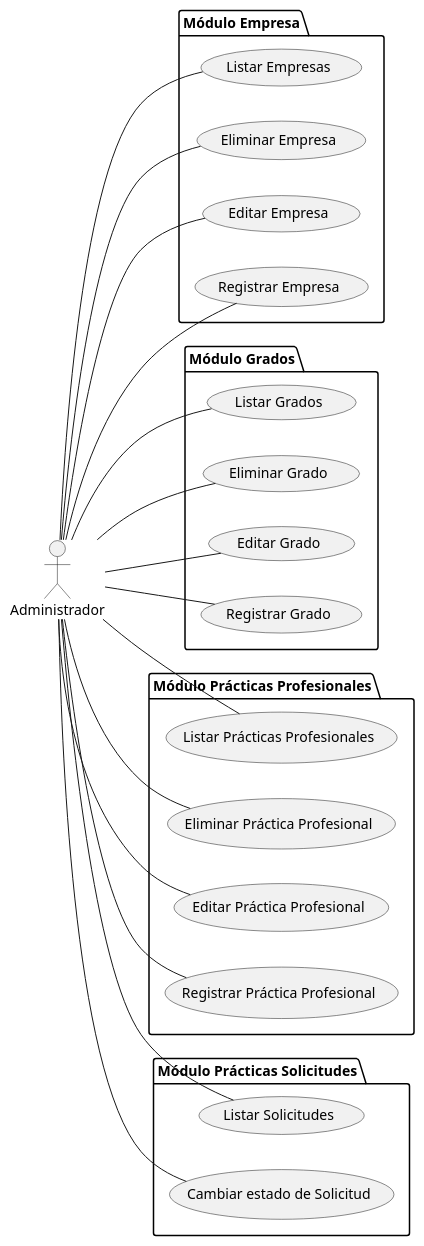
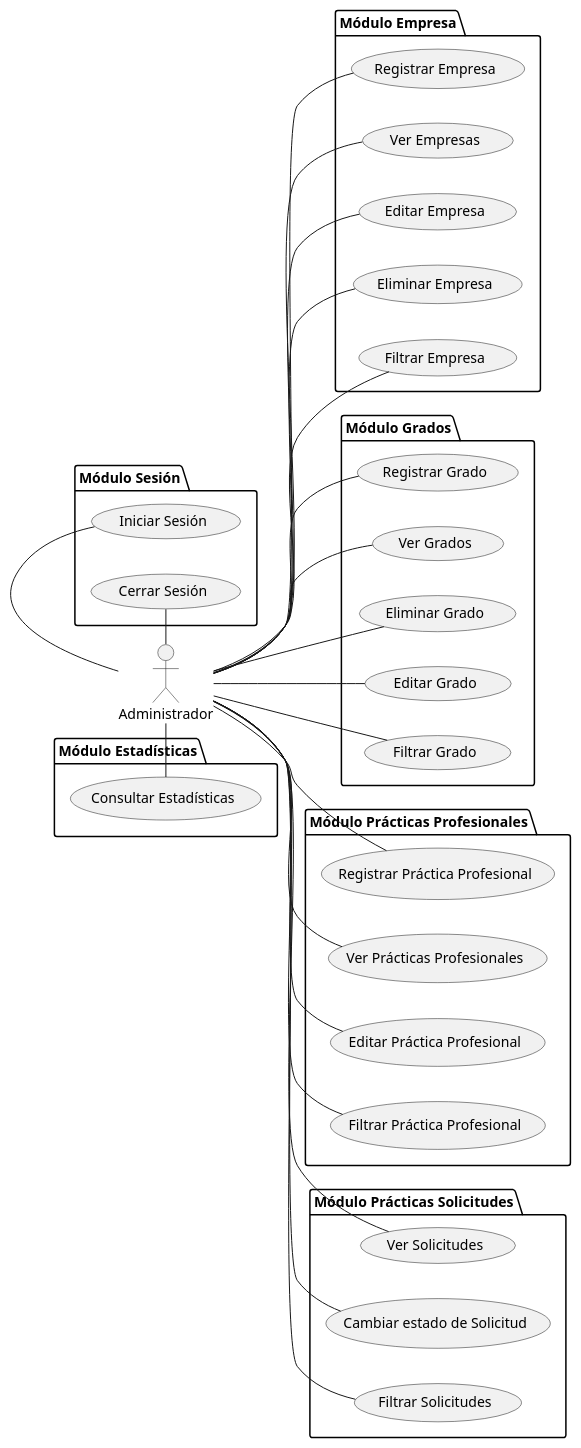
The diagram in digrams/uml/cduCemu.puml (MRSergio21/CemuUNEAT-Documentacion), drawn with PlantUML before and after one commit. The commit also changed 28 other files, not shown here.

Commit message:
feat/agregar diagramas de caso de usos detallados

```diff
--- a/digrams/uml/cduCemu.puml
+++ b/digrams/uml/cduCemu.puml
@@ -1,52 +1,72 @@
 @startuml
 
 left to right direction
 
 actor Administrador as Admin
 
 
 package "Módulo Empresa" {
-    usecase "Listar Empresas" as E1
-    usecase "Eliminar Empresa" as E2
+    usecase "Registrar Empresa" as E1
+    usecase "Ver Empresas" as E2
     usecase "Editar Empresa" as E3
-    usecase "Registrar Empresa" as E4
+    usecase "Eliminar Empresa" as E4
+    usecase "Filtrar Empresa" as E5
 }
 
 package "Módulo Grados" {
-    usecase "Listar Grados" as G1
-    usecase "Eliminar Grado" as G2
-    usecase "Editar Grado" as G3
-    usecase "Registrar Grado" as G4
+    usecase "Registrar Grado" as G1
+    usecase "Ver Grados" as G2
+    usecase "Eliminar Grado" as G3
+    usecase "Editar Grado" as G4
+    usecase "Filtrar Grado" as G5
 }
 
 package "Módulo Prácticas Profesionales" {
-    usecase "Listar Prácticas Profesionales" as PP1
-    usecase "Eliminar Práctica Profesional" as PP2
-    usecase "Editar Práctica Profesional" as PP3
-    usecase "Registrar Práctica Profesional" as PP4
+    usecase "Registrar Práctica Profesional" as PP1
+    usecase "Ver Prácticas Profesionales" as PP2
+    usecase "Editar Práctica Profesional" as PP4
+    usecase "Filtrar Práctica Profesional" as PP5
 }
 
 package "Módulo Prácticas Solicitudes" {
-    usecase "Listar Solicitudes" as UC1
+    usecase "Ver Solicitudes" as UC1
     usecase "Cambiar estado de Solicitud" as UC2
+    usecase "Filtrar Solicitudes" as UC3
+}
+
+package "Módulo Estadísticas" {
+    usecase "Consultar Estadísticas" as ES1
+}
+
+package "Módulo Sesión" {
+    usecase "Iniciar Sesión" as S1
+    usecase "Cerrar Sesión" as S2
 }
 
 Admin -- E1
 Admin -- E2
 Admin -- E3
 Admin -- E4
+Admin -- E5
 
 Admin -- G1
 Admin -- G2
 Admin -- G3
 Admin -- G4
+Admin -- G5
 
 Admin -- PP1
 Admin -- PP2
-Admin -- PP3
 Admin -- PP4
+Admin -- PP5
 
 Admin -- UC1
 Admin -- UC2
+Admin -- UC3
+
+Admin -l- ES1
+
+Admin -r- S1
+Admin -r- S2
 
 @enduml
```
